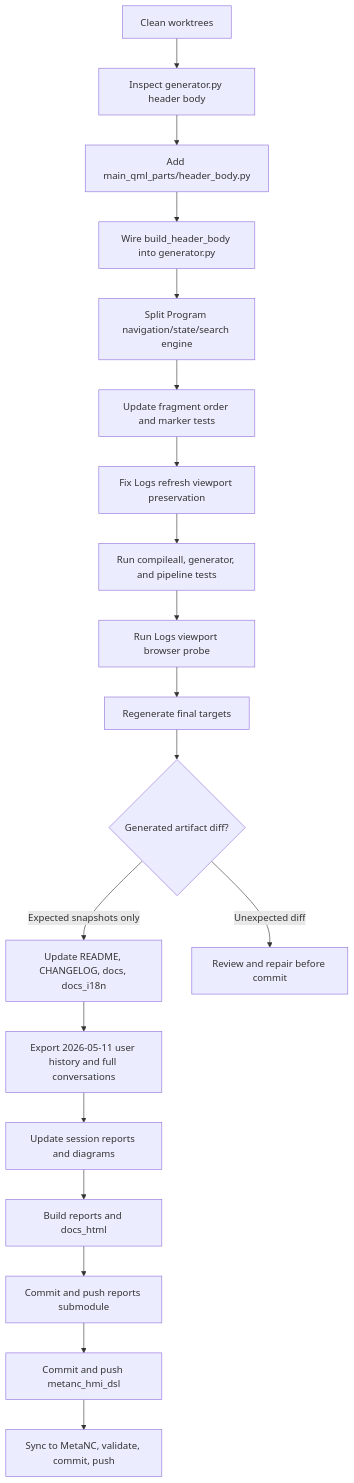
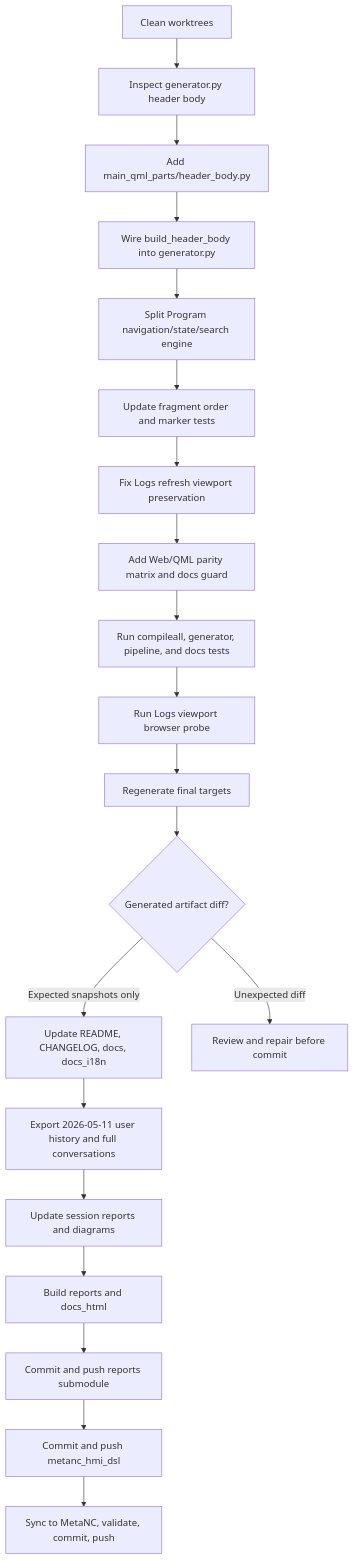
The diagram in 2026-05-11-codex-session/workflow-diagram.md (luppiterw/metanc_hmi_dsl_reports), drawn with Mermaid before and after one commit. The commit also changed 17 other files, not shown here.

````diff
--- a/2026-05-11-codex-session/workflow-diagram.md
+++ b/2026-05-11-codex-session/workflow-diagram.md
@@ -3,21 +3,22 @@
 ```mermaid
 flowchart TD
     A[Clean worktrees] --> B[Inspect generator.py header body]
     B --> C[Add main_qml_parts/header_body.py]
     C --> D[Wire build_header_body into generator.py]
     D --> E[Split Program navigation/state/search engine]
     E --> F[Update fragment order and marker tests]
     F --> G[Fix Logs refresh viewport preservation]
-    G --> H[Run compileall, generator, and pipeline tests]
-    H --> I[Run Logs viewport browser probe]
-    I --> J[Regenerate final targets]
-    J --> K{Generated artifact diff?}
-    K -->|Expected snapshots only| L[Update README, CHANGELOG, docs, docs_i18n]
-    K -->|Unexpected diff| R[Review and repair before commit]
-    L --> M[Export 2026-05-11 user history and full conversations]
-    M --> N[Update session reports and diagrams]
-    N --> O[Build reports and docs_html]
-    O --> P[Commit and push reports submodule]
-    P --> Q[Commit and push metanc_hmi_dsl]
-    Q --> S[Sync to MetaNC, validate, commit, push]
+    G --> H[Add Web/QML parity matrix and docs guard]
+    H --> I[Run compileall, generator, pipeline, and docs tests]
+    I --> J[Run Logs viewport browser probe]
+    J --> K[Regenerate final targets]
+    K --> L{Generated artifact diff?}
+    L -->|Expected snapshots only| M[Update README, CHANGELOG, docs, docs_i18n]
+    L -->|Unexpected diff| R[Review and repair before commit]
+    M --> N[Export 2026-05-11 user history and full conversations]
+    N --> O[Update session reports and diagrams]
+    O --> P[Build reports and docs_html]
+    P --> Q[Commit and push reports submodule]
+    Q --> S[Commit and push metanc_hmi_dsl]
+    S --> T[Sync to MetaNC, validate, commit, push]
 ```
````
